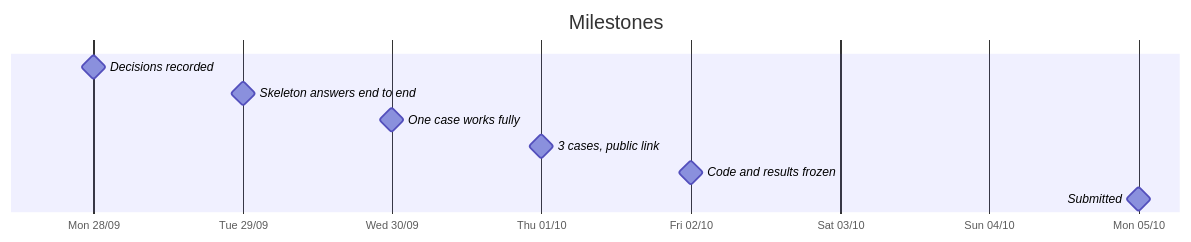
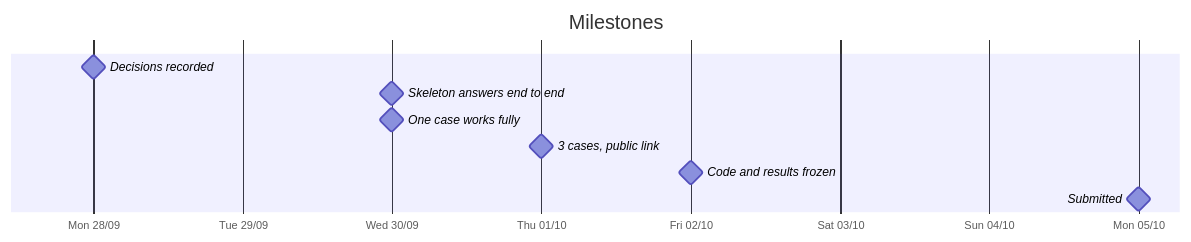
One commit to rdorta27/factored-hackathon-2026-sentinel-engine changed the diagram in team/plan.md. Above: the diagram before and after it, drawn with Mermaid. The commit also changed other lines of this file and 2 other files, not shown here.

First line of the commit message:
docs: align the team plan with the architecture and the new dates

````diff
--- a/team/plan.md
+++ b/team/plan.md
@@ -21,14 +21,14 @@
 ```mermaid
 gantt
     title Milestones
     dateFormat YYYY-MM-DD
     axisFormat %a %d/%m
     tickInterval 1day
     todayMarker off
     Decisions recorded           :milestone, 2026-09-28, 0d
-    Skeleton answers end to end  :milestone, 2026-09-29, 0d
+    Skeleton answers end to end  :milestone, 2026-09-30, 0d
     One case works fully         :milestone, 2026-09-30, 0d
     3 cases, public link         :milestone, 2026-10-01, 0d
     Code and results frozen      :milestone, 2026-10-02, 0d
     Submitted                    :milestone, 2026-10-05, 0d
 ```
````
